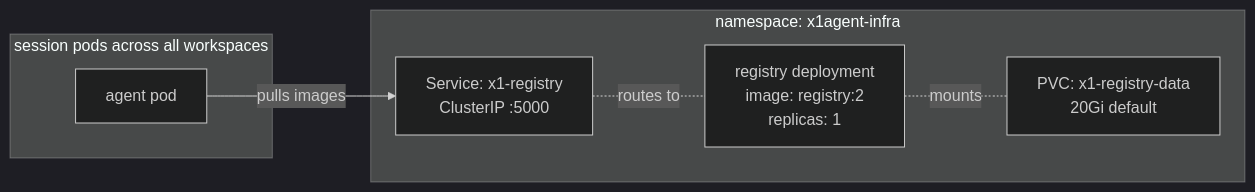
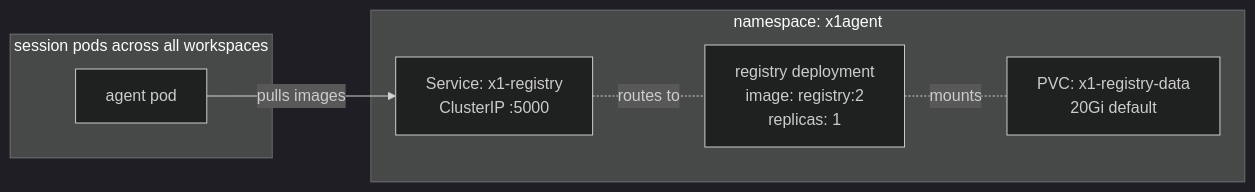
The first of 2 diagrams in docs/src/content/docs/deployment/in-cluster-registry.md (x1agent/x1agent), drawn with Mermaid (dark theme) before and after one commit. The commit also changed other lines of this file and 40 other files, not shown here.

````diff
--- a/docs/src/content/docs/deployment/in-cluster-registry.md
+++ b/docs/src/content/docs/deployment/in-cluster-registry.md
@@ -27,16 +34,16 @@
 ```mermaid
 graph LR
-    subgraph ns[namespace: x1agent-infra]
+    subgraph ns[namespace: x1agent]
         reg[registry deployment<br/>image: registry:2<br/>replicas: 1]
         svc[Service: x1-registry<br/>ClusterIP :5000]
         pvc[PVC: x1-registry-data<br/>20Gi default]
     end
 
     subgraph pods[session pods across all workspaces]
         ap[agent pod]
     end
 
     reg -. mounts .- pvc
     svc -. routes to .- reg
     ap -- pulls images --> svc
 ```
````
